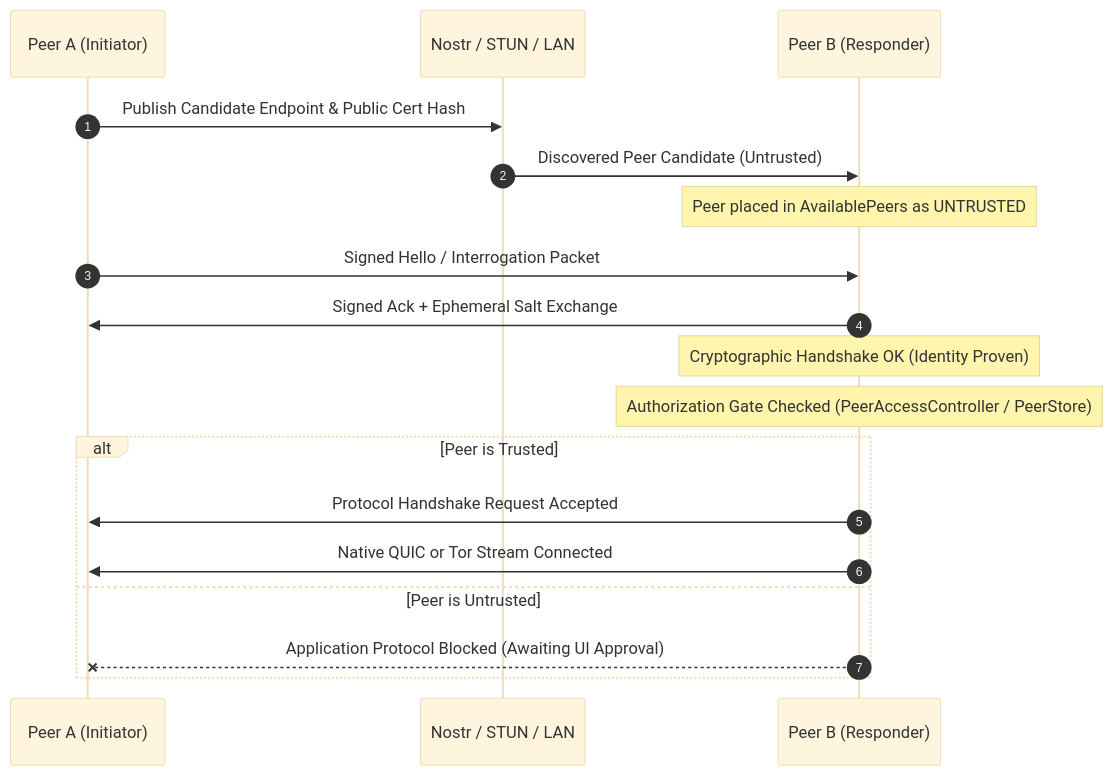
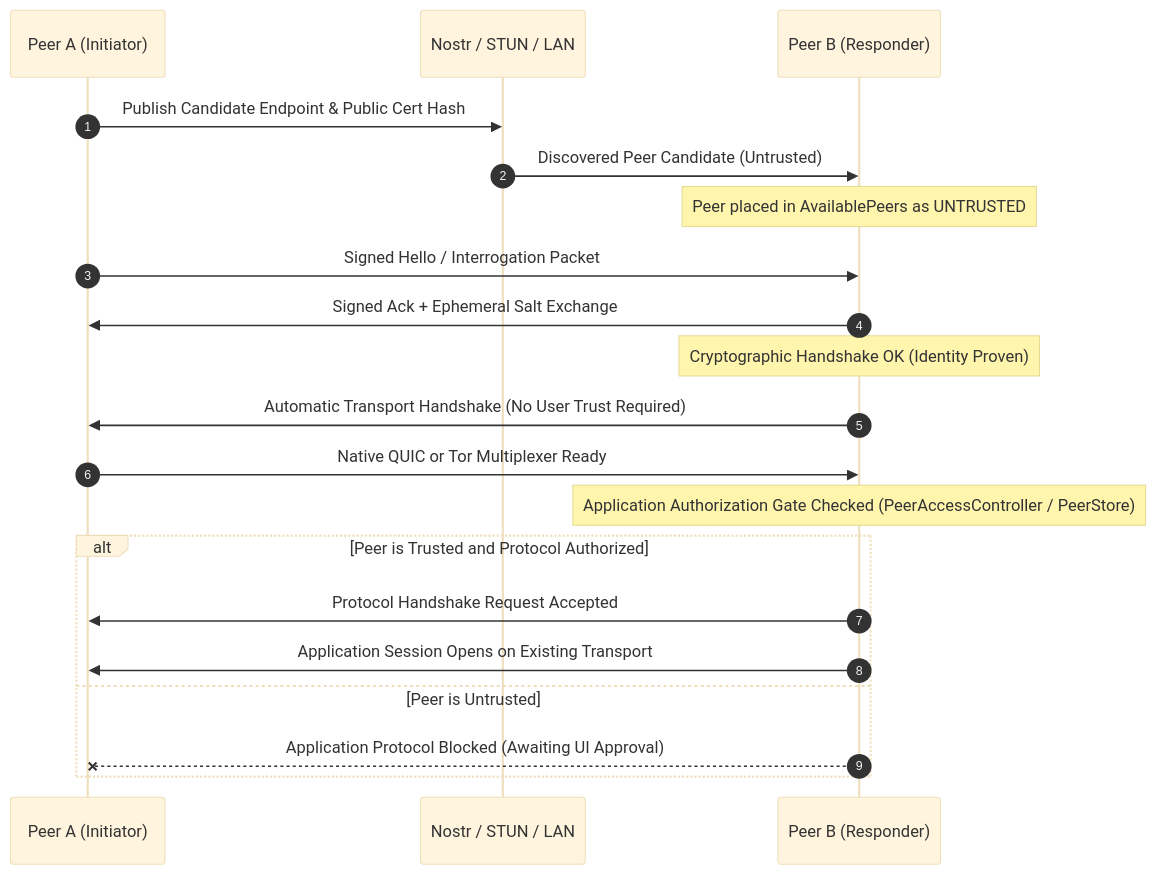
The second of 2 diagrams in doc/architecture/overview.md (Mrgaton/QuicPunch), drawn with Mermaid (base theme) before and after one commit. The commit also changed other lines of this file and 1036 other files, not shown here.

````diff
--- a/doc/architecture/overview.md
+++ b/doc/architecture/overview.md
@@ -87,21 +87,23 @@
 ```mermaid
 sequenceDiagram
     autonumber
     participant Alice as Peer A (Initiator)
     participant Relay as Nostr / STUN / LAN
     participant Bob as Peer B (Responder)
 
     Alice->>Relay: Publish Candidate Endpoint & Public Cert Hash
     Relay->>Bob: Discovered Peer Candidate (Untrusted)
     Note over Bob: Peer placed in AvailablePeers as UNTRUSTED
     Alice->>Bob: Signed Hello / Interrogation Packet
     Bob->>Alice: Signed Ack + Ephemeral Salt Exchange
     Note over Bob: Cryptographic Handshake OK (Identity Proven)
-    Note over Bob: Authorization Gate Checked (PeerAccessController / PeerStore)
-    alt Peer is Trusted
+    Bob->>Alice: Automatic Transport Handshake (No User Trust Required)
+    Alice->>Bob: Native QUIC or Tor Multiplexer Ready
+    Note over Bob: Application Authorization Gate Checked (PeerAccessController / PeerStore)
+    alt Peer is Trusted and Protocol Authorized
         Bob->>Alice: Protocol Handshake Request Accepted
-        Bob->>Alice: Native QUIC or Tor Stream Connected
+        Bob->>Alice: Application Session Opens on Existing Transport
     else Peer is Untrusted
         Bob--xAlice: Application Protocol Blocked (Awaiting UI Approval)
     end
 ```
````
